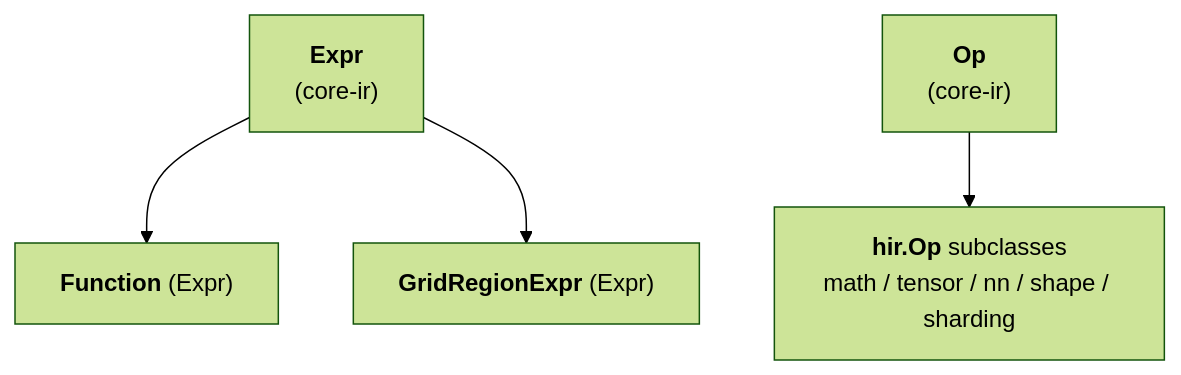
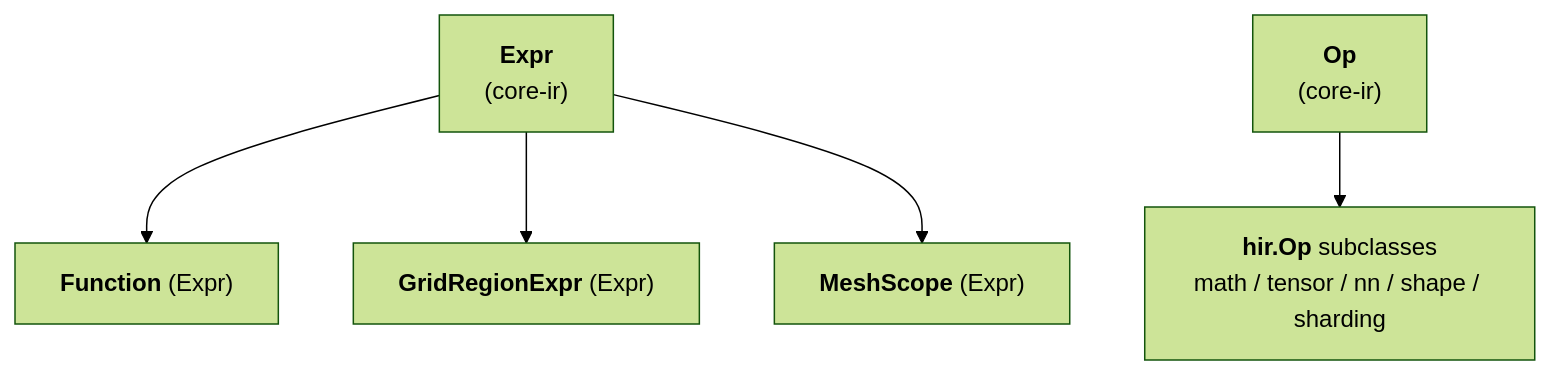
Before and after one commit to tile-ai/TileFoundry: the diagram in docs/spec/hir.md, drawn with Mermaid (forest theme). The commit also changed other lines of this file and 90 other files, not shown here.

First line of the commit message:
refactor(ir): make the execution domain a first-class MeshScope region (#151)

````diff
--- a/docs/spec/hir.md
+++ b/docs/spec/hir.md
@@ -11,12 +12,14 @@
 ```mermaid
 flowchart TB
     Expr["<b>Expr</b><br/>(core-ir)"]
     Op["<b>Op</b><br/>(core-ir)"]
     Function["<b>Function</b> (Expr)"]
     GridRegionExpr["<b>GridRegionExpr</b> (Expr)"]
+    MeshScope["<b>MeshScope</b> (Expr)"]
     HirOpBase["<b>hir.Op</b> subclasses<br/>math / tensor / nn / shape / sharding"]
 
     Expr --> Function
     Expr --> GridRegionExpr
+    Expr --> MeshScope
     Op --> HirOpBase
 ```
````
